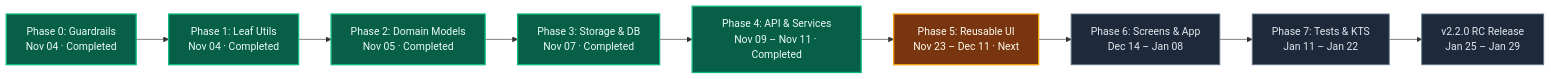
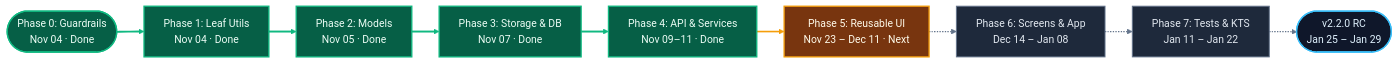
The second of 2 diagrams in KOTLIN_MIGRATION.mdx (solomonrajan/cashledger), drawn with Mermaid before and after one commit. The commit also changed other lines of this file, not shown here.

First line of the commit message:
docs(migration): upgrade architecture and timeline diagrams with modern creative Mermaid pipeline

````diff
--- a/KOTLIN_MIGRATION.mdx
+++ b/KOTLIN_MIGRATION.mdx
@@ -119,18 +129,24 @@
 ```mermaid
+%%{init: {"flowchart": {"curve": "basis", "nodeSpacing": 28, "rankSpacing": 42}}}%%
 flowchart LR
     classDef done fill:#065F46,stroke:#10B981,stroke-width:2px,color:#ECFDF5
     classDef next fill:#78350F,stroke:#F59E0B,stroke-width:2px,color:#FFFBEB
     classDef future fill:#1E293B,stroke:#64748B,stroke-width:1.5px,color:#E2E8F0
+    classDef target fill:#0F172A,stroke:#38BDF8,stroke-width:2px,color:#E0F2FE
 
-    P0["Phase 0: Guardrails<br/>Nov 04 · Completed"]:::done
-    P1["Phase 1: Leaf Utils<br/>Nov 04 · Completed"]:::done
-    P2["Phase 2: Domain Models<br/>Nov 05 · Completed"]:::done
-    P3["Phase 3: Storage & DB<br/>Nov 07 · Completed"]:::done
-    P4["Phase 4: API & Services<br/>Nov 09 – Nov 11 · Completed"]:::done
+    P0(["Phase 0: Guardrails<br/>Nov 04 · Done"]):::done
+    P1["Phase 1: Leaf Utils<br/>Nov 04 · Done"]:::done
+    P2["Phase 2: Models<br/>Nov 05 · Done"]:::done
+    P3["Phase 3: Storage & DB<br/>Nov 07 · Done"]:::done
+    P4["Phase 4: API & Services<br/>Nov 09–11 · Done"]:::done
     P5["Phase 5: Reusable UI<br/>Nov 23 – Dec 11 · Next"]:::next
     P6["Phase 6: Screens & App<br/>Dec 14 – Jan 08"]:::future
     P7["Phase 7: Tests & KTS<br/>Jan 11 – Jan 22"]:::future
-    REL["v2.2.0 RC Release<br/>Jan 25 – Jan 29"]:::future
+    REL(["v2.2.0 RC<br/>Jan 25 – Jan 29"]):::target
 
-    P0 --> P1 --> P2 --> P3 --> P4 --> P5 --> P6 --> P7 --> REL
+    P0 ==> P1 ==> P2 ==> P3 ==> P4 --> P5 -.-> P6 -.-> P7 -.-> REL
+
+    linkStyle 0,1,2,3 stroke:#10B981,stroke-width:3px
+    linkStyle 4 stroke:#F59E0B,stroke-width:2.5px
+    linkStyle 5,6,7 stroke:#64748B,stroke-width:2px
 ```
````
